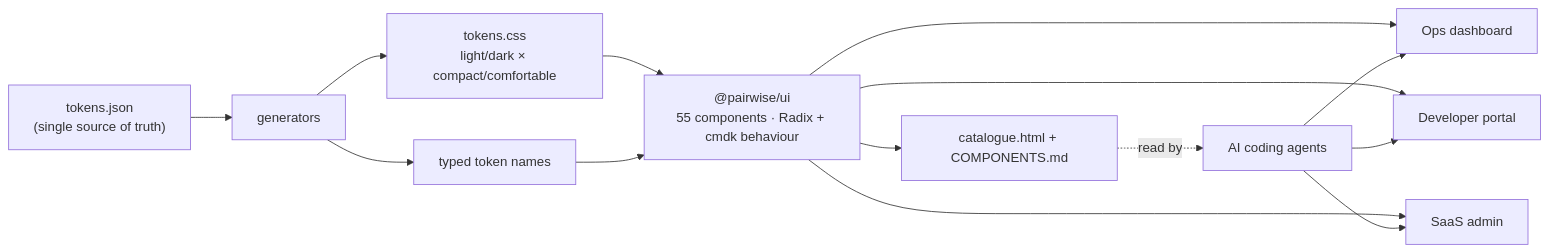
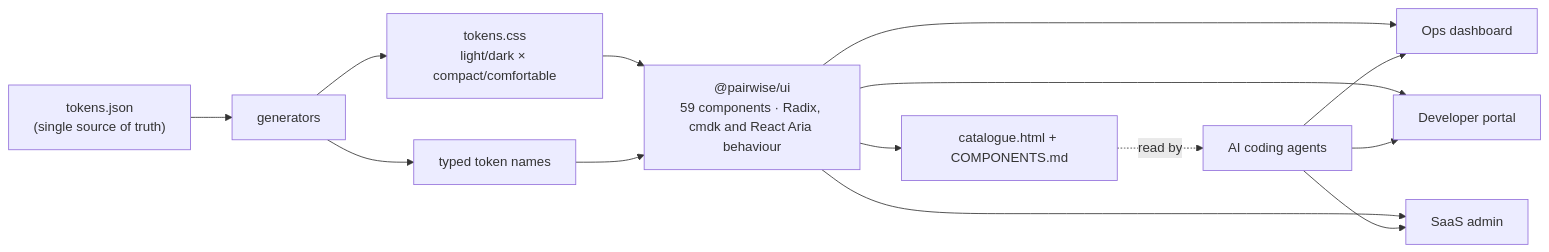
The diagram in README.md (mithunmanohar/pairwise-saas-design-system), drawn with Mermaid before and after one commit. The commit also changed other lines of this file and 51 other files, not shown here.

````diff
--- a/README.md
+++ b/README.md
@@ -176,14 +201,14 @@
 ```mermaid
 flowchart LR
   T["tokens.json<br/>(single source of truth)"] --> G["generators"]
   G --> CSS["tokens.css<br/>light/dark × compact/comfortable"]
   G --> TS["typed token names"]
-  CSS --> P["@pairwise/ui<br/>55 components · Radix + cmdk behaviour"]
+  CSS --> P["@pairwise/ui<br/>59 components · Radix, cmdk and React Aria behaviour"]
   TS --> P
   P --> D["catalogue.html + COMPONENTS.md"]
   P --> A1["Ops dashboard"]
   P --> A2["Developer portal"]
   P --> A3["SaaS admin"]
   D -. read by .-> AI["AI coding agents"]
   AI --> A1 & A2 & A3
 ```
````
